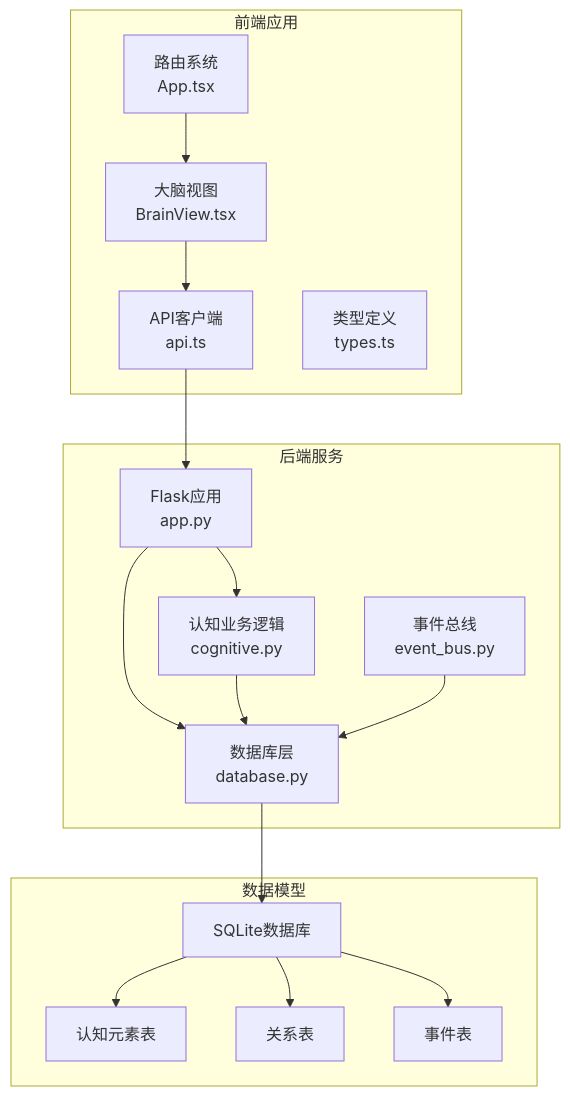
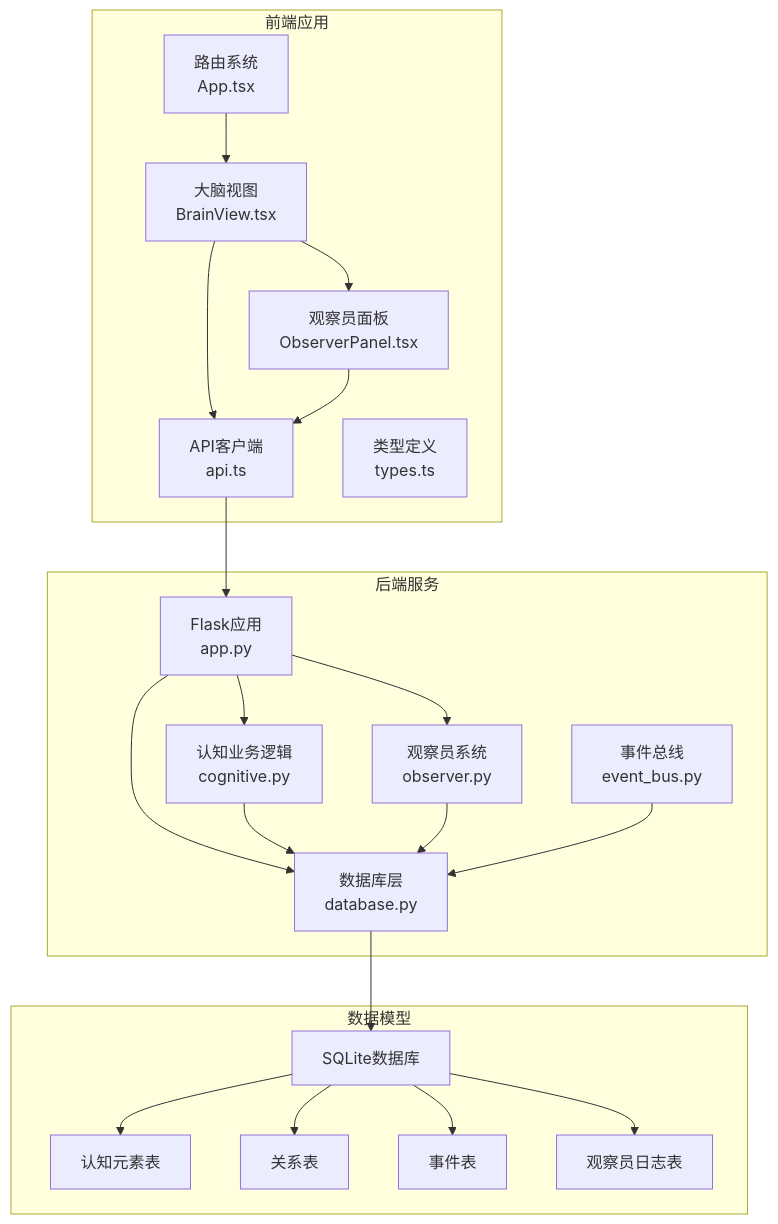
Before and after one commit to GDY-ai/ainstein: the first of 7 diagrams in .qoder/repowiki/zh/content/前端应用/知识图谱可视化.md, drawn with Mermaid. The commit also changed other lines of this file and 19 other files, not shown here.

````diff
--- a/.qoder/repowiki/zh/content/前端应用/知识图谱可视化.md
+++ b/.qoder/repowiki/zh/content/前端应用/知识图谱可视化.md
@@ -36,32 +47,40 @@
 ```mermaid
 graph TB
 subgraph "后端服务"
 A[Flask应用<br/>app.py]
 B[数据库层<br/>database.py]
 C[认知业务逻辑<br/>cognitive.py]
 D[事件总线<br/>event_bus.py]
+E[观察员系统<br/>observer.py]
 end
 subgraph "前端应用"
-E[路由系统<br/>App.tsx]
-F[大脑视图<br/>BrainView.tsx]
-G[API客户端<br/>api.ts]
-H[类型定义<br/>types.ts]
+F[路由系统<br/>App.tsx]
+G[大脑视图<br/>BrainView.tsx]
+H[观察员面板<br/>ObserverPanel.tsx]
+I[API客户端<br/>api.ts]
+J[类型定义<br/>types.ts]
 end
 subgraph "数据模型"
-I[SQLite数据库]
-J[认知元素表]
-K[关系表]
-L[事件表]
+K[SQLite数据库]
+L[认知元素表]
+M[关系表]
+N[事件表]
+O[观察员日志表]
 end
 A --> B
 A --> C
+A --> E
 C --> B
+E --> B
 D --> B
-E --> F
 F --> G
-G --> A
-B --> I
-I --> J
-I --> K
-I --> L
+G --> H
+G --> I
+H --> I
+I --> A
+B --> K
+K --> L
+K --> M
+K --> N
+K --> O
 ```
````
